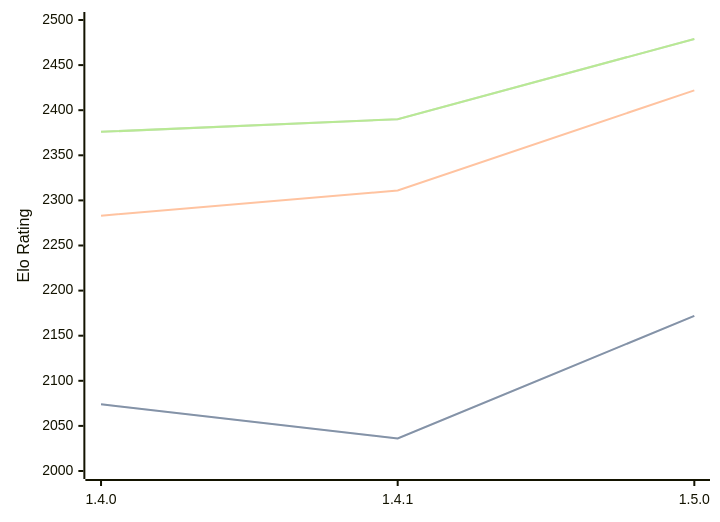
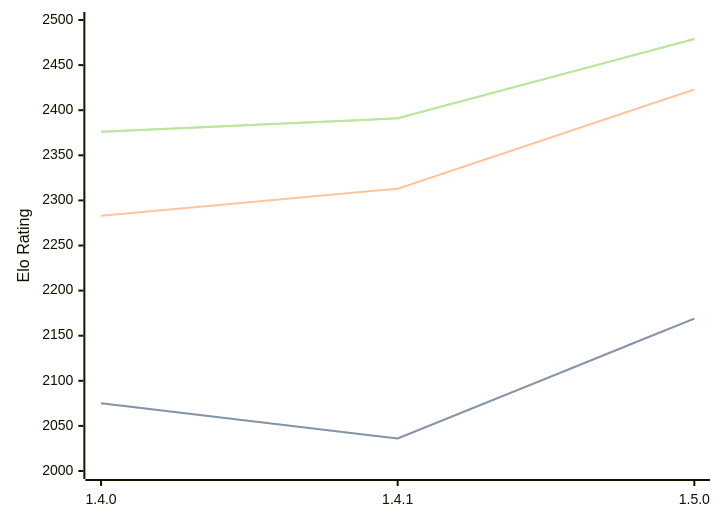
Before and after one commit to computer-chess-index/cci: the third of 3 diagrams in engines/Tofiks.md, drawn with Mermaid. The commit also changed other lines of this file, not shown here.

Commit message:
Update CCI Ratings (ELO VLTC) - 2026-07-09

````diff
--- a/engines/Tofiks.md
+++ b/engines/Tofiks.md
@@ -70,11 +70,11 @@
 ```mermaid
 %%{init: {"theme":"base","themeVariables":{"seriesColors:['#a3a3a3','#222221','#faa371']}}}%%
 xychart-beta
   x-axis ["1.4.0", "1.4.1", "1.5.0"]
   y-axis "Elo Rating" 2000 --> 2500
-  line "STC (8.0+0.08s)" [2074, 2036, 2172]
-  line "STC (8.0+0.08s)" [2074, 2036, 2172]
-  line "LTC (60.0+0.60s)" [2283, 2311, 2422]
-  line "VLTC (2m24s+1.12s)" [2376, 2390, 2479]
-  line "VLTC (2m24s+1.12s)" [2376, 2390, 2479]
+  line "STC (8.0+0.08s)" [2075, 2036, 2169]
+  line "STC (8.0+0.08s)" [2075, 2036, 2169]
+  line "LTC (60.0+0.60s)" [2283, 2313, 2423]
+  line "VLTC (2m24s+1.12s)" [2376, 2391, 2479]
+  line "VLTC (2m24s+1.12s)" [2376, 2391, 2479]
 ```
````
